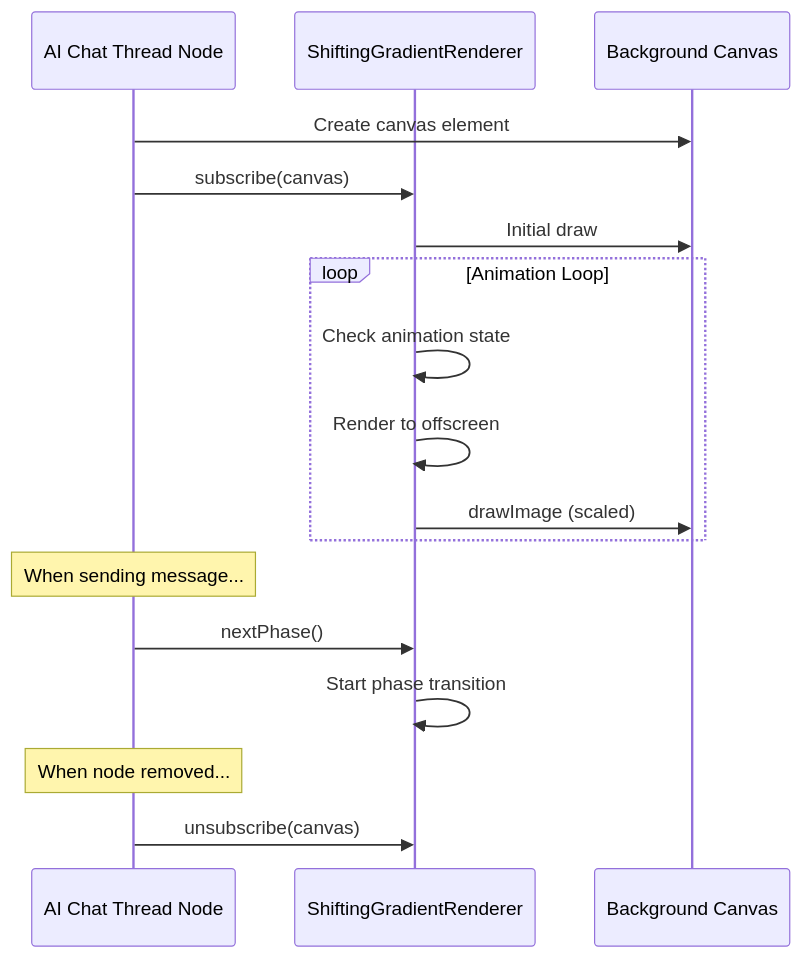
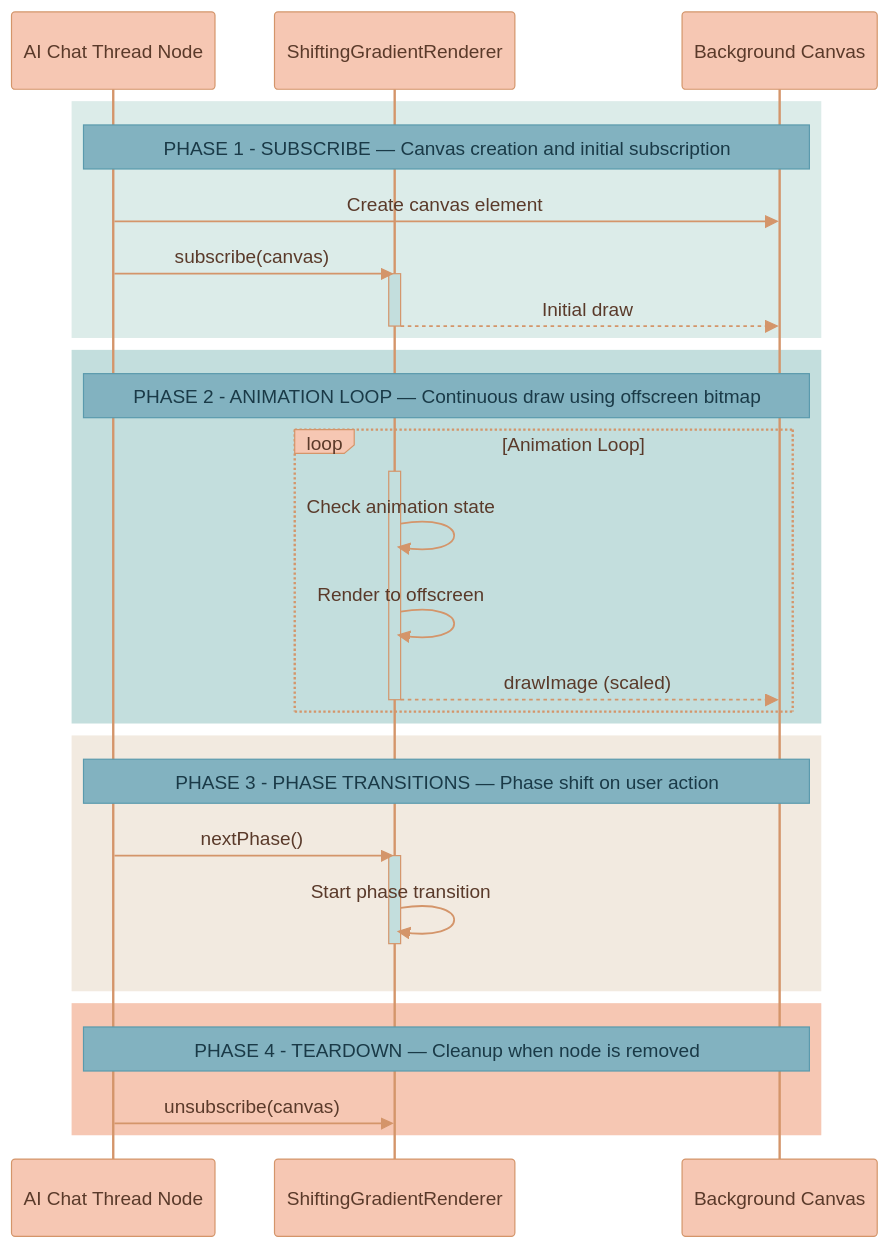
One commit to Lixpi/lixpi changed the fourth of 4 diagrams in documentation/features/SHIFTING-GRADIENT.md. Above: the diagram before and after it, drawn with Mermaid. The commit also changed other lines of this file and 27 other files, not shown here.

````diff
--- a/documentation/features/SHIFTING-GRADIENT.md
+++ b/documentation/features/SHIFTING-GRADIENT.md
@@ -263,23 +266,52 @@
 ```mermaid
+%%{init: {'theme': 'base', 'themeVariables': { 'noteBkgColor': '#82B2C0', 'noteTextColor': '#1a3a47', 'noteBorderColor': '#5a9aad', 'actorBkg': '#F6C7B3', 'actorBorder': '#d4956a', 'actorTextColor': '#5a3a2a', 'actorLineColor': '#d4956a', 'signalColor': '#d4956a', 'signalTextColor': '#5a3a2a', 'labelBoxBkgColor': '#F6C7B3', 'labelBoxBorderColor': '#d4956a', 'labelTextColor': '#5a3a2a', 'loopTextColor': '#5a3a2a', 'activationBorderColor': '#d4956a', 'activationBkgColor': '#C3DEDD', 'sequenceNumberColor': '#5a3a2a'}}}%%
 sequenceDiagram
     participant Node as AI Chat Thread Node
     participant Renderer as ShiftingGradientRenderer
     participant Canvas as Background Canvas
 
-    Node->>Canvas: Create canvas element
-    Node->>Renderer: subscribe(canvas)
-    Renderer->>Canvas: Initial draw
-
-    loop Animation Loop
-        Renderer->>Renderer: Check animation state
-        Renderer->>Renderer: Render to offscreen
-        Renderer->>Canvas: drawImage (scaled)
+    %% ═══════════════════════════════════════════════════════════════
+    %% PHASE 1: SUBSCRIBE
+    %% ═══════════════════════════════════════════════════════════════
+    rect rgb(220, 236, 233)
+        Note over Node, Canvas: PHASE 1 - SUBSCRIBE — Canvas creation and initial subscription
+        Node->>Canvas: Create canvas element
+        Node->>Renderer: subscribe(canvas)
+        activate Renderer
+        Renderer-->>Canvas: Initial draw
+        deactivate Renderer
     end
 
-    Note over Node: When sending message...
-    Node->>Renderer: nextPhase()
-    Renderer->>Renderer: Start phase transition
+    %% ═══════════════════════════════════════════════════════════════
+    %% PHASE 2: ANIMATION LOOP
+    %% ═══════════════════════════════════════════════════════════════
+    rect rgb(195, 222, 221)
+        Note over Node, Canvas: PHASE 2 - ANIMATION LOOP — Continuous draw using offscreen bitmap
+        loop Animation Loop
+            activate Renderer
+            Renderer->>Renderer: Check animation state
+            Renderer->>Renderer: Render to offscreen
+            Renderer-->>Canvas: drawImage (scaled)
+            deactivate Renderer
+        end
+    end
 
-    Note over Node: When node removed...
-    Node->>Renderer: unsubscribe(canvas)
+    %% ═══════════════════════════════════════════════════════════════
+    %% PHASE 3: PHASE TRANSITIONS
+    %% ═══════════════════════════════════════════════════════════════
+    rect rgb(242, 234, 224)
+        Note over Node, Canvas: PHASE 3 - PHASE TRANSITIONS — Phase shift on user action
+        Node->>Renderer: nextPhase()
+        activate Renderer
+        Renderer->>Renderer: Start phase transition
+        deactivate Renderer
+    end
+
+    %% ═══════════════════════════════════════════════════════════════
+    %% PHASE 4: TEARDOWN
+    %% ═══════════════════════════════════════════════════════════════
+    rect rgb(246, 199, 179)
+        Note over Node, Canvas: PHASE 4 - TEARDOWN — Cleanup when node is removed
+        Node->>Renderer: unsubscribe(canvas)
+    end
 ```
````
